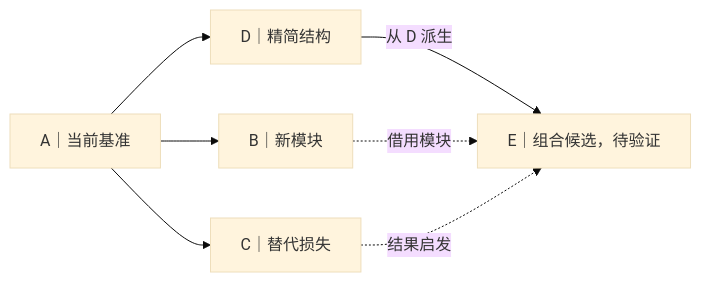
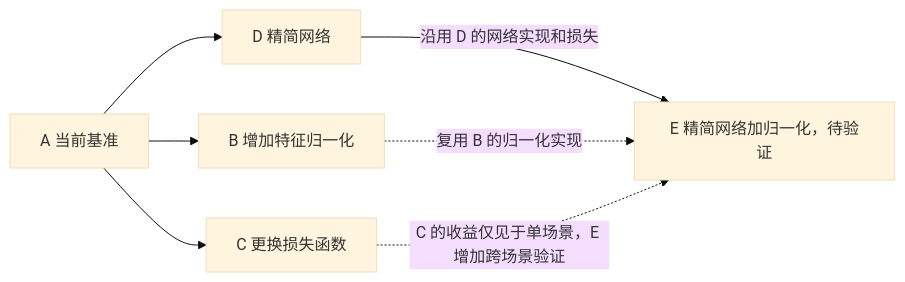
One commit to Kmourn/my_skills changed the diagram in skills/steady-progress/references/version-lineage.md. Above: the diagram before and after it, drawn with Mermaid (base theme). The commit also changed other lines of this file, not shown here.

Commit message:
Use concrete labels for version lineage relationships

````diff
--- a/skills/steady-progress/references/version-lineage.md
+++ b/skills/steady-progress/references/version-lineage.md
@@ -8,9 +8,9 @@
 ```mermaid
 flowchart LR
-    A["A｜当前基准"] --> B["B｜新模块"]
-    A --> C["C｜替代损失"]
-    A --> D["D｜精简结构"]
-    D -->|从 D 派生| E["E｜组合候选，待验证"]
-    B -. 借用模块 .-> E
-    C -. 结果启发 .-> E
+    A["A 当前基准"] --> B["B 增加特征归一化"]
+    A --> C["C 更换损失函数"]
+    A --> D["D 精简网络"]
+    D -- 沿用 D 的网络实现和损失 --> E["E 精简网络加归一化，待验证"]
+    B -. 复用 B 的归一化实现 .-> E
+    C -. C 的收益仅见于单场景，E 增加跨场景验证 .-> E
 ```
````
